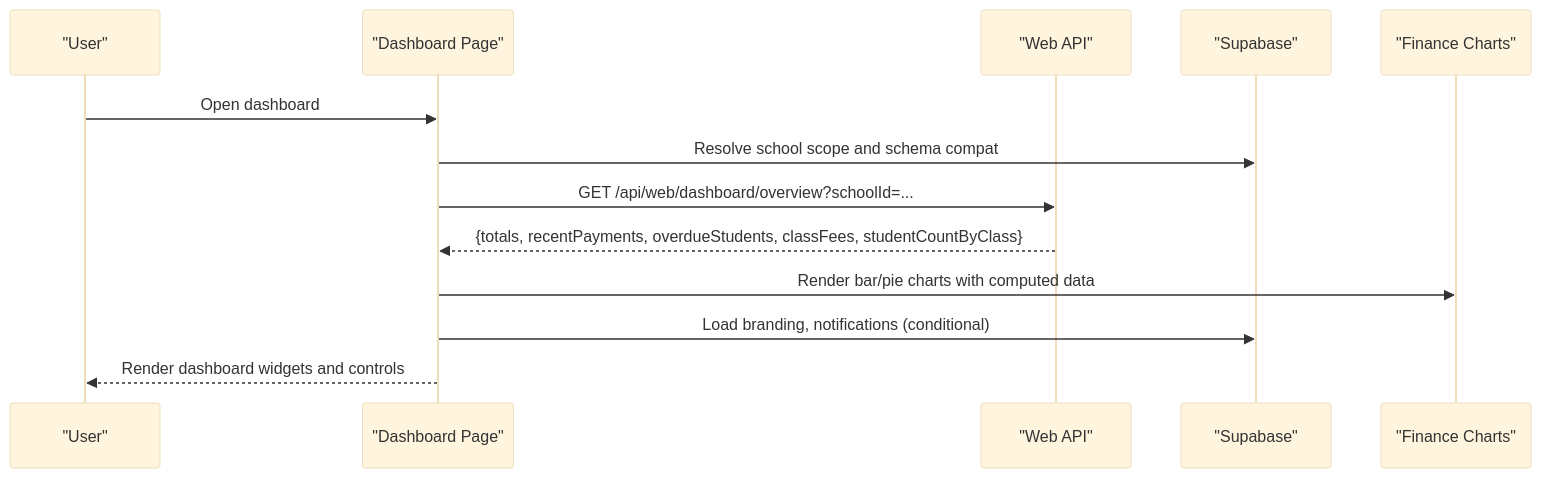
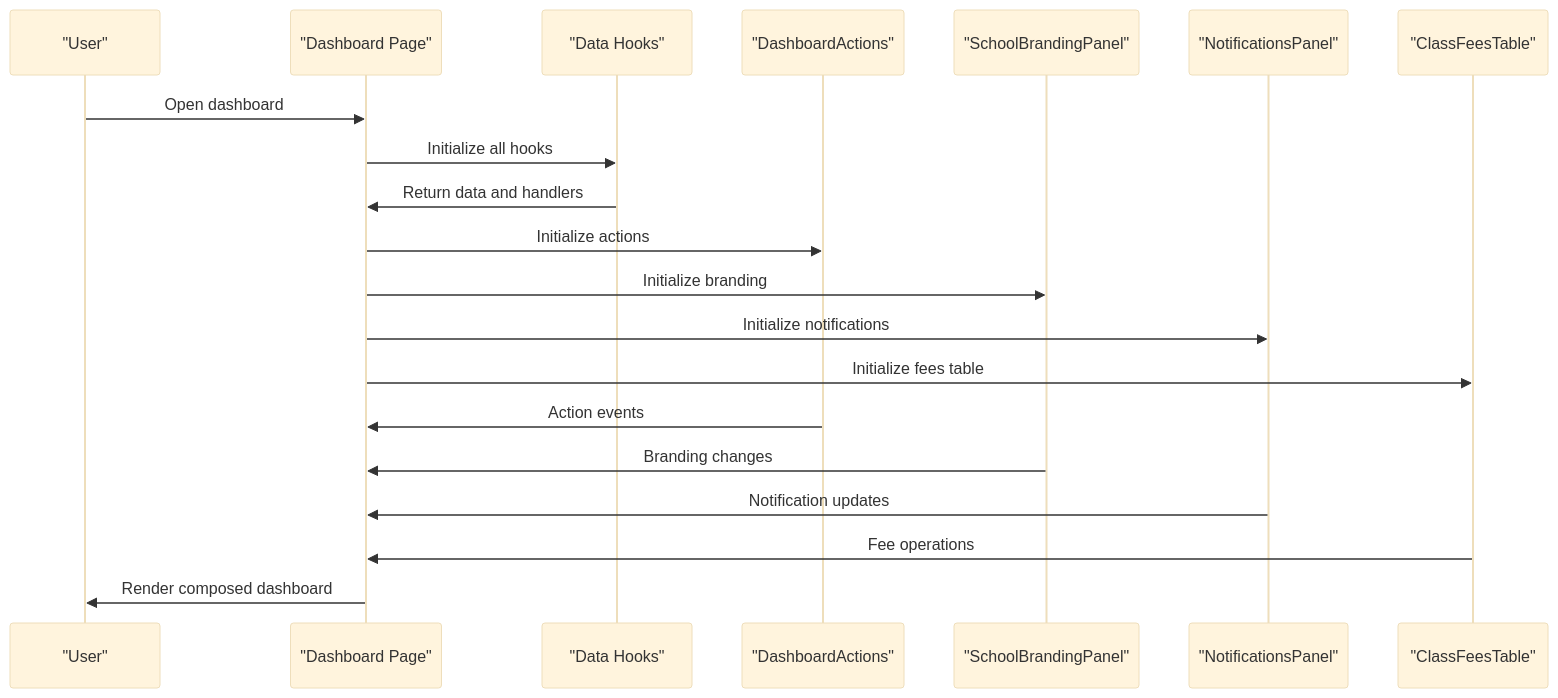
Before and after one commit to mustafaalkusaj/appschoolmustafa2002: the second of 4 diagrams in .qoder/repowiki/en/content/Dashboard & Analytics/Dashboard & Analytics.md, drawn with Mermaid (base theme). The commit also changed other lines of this file and 85 other files, not shown here.

````diff
--- a/.qoder/repowiki/en/content/Dashboard & Analytics/Dashboard & Analytics.md
+++ b/.qoder/repowiki/en/content/Dashboard & Analytics/Dashboard & Analytics.md
@@ -154,15 +199,22 @@
 ```mermaid
 sequenceDiagram
 participant U as "User"
 participant DP as "Dashboard Page"
-participant API as "Web API"
-participant SB as "Supabase"
-participant CH as "Finance Charts"
+participant HOOKS as "Data Hooks"
+participant DA as "DashboardActions"
+participant SBP as "SchoolBrandingPanel"
+participant NP as "NotificationsPanel"
+participant CFT as "ClassFeesTable"
 U->>DP : Open dashboard
-DP->>SB : Resolve school scope and schema compat
-DP->>API : GET /api/web/dashboard/overview?schoolId=...
-API-->>DP : {totals, recentPayments, overdueStudents, classFees, studentCountByClass}
-DP->>CH : Render bar/pie charts with computed data
-DP->>SB : Load branding, notifications (conditional)
-DP-->>U : Render dashboard widgets and controls
+DP->>HOOKS : Initialize all hooks
+HOOKS->>DP : Return data and handlers
+DP->>DA : Initialize actions
+DP->>SBP : Initialize branding
+DP->>NP : Initialize notifications
+DP->>CFT : Initialize fees table
+DA->>DP : Action events
+SBP->>DP : Branding changes
+NP->>DP : Notification updates
+CFT->>DP : Fee operations
+DP->>U : Render composed dashboard
 ```
````
